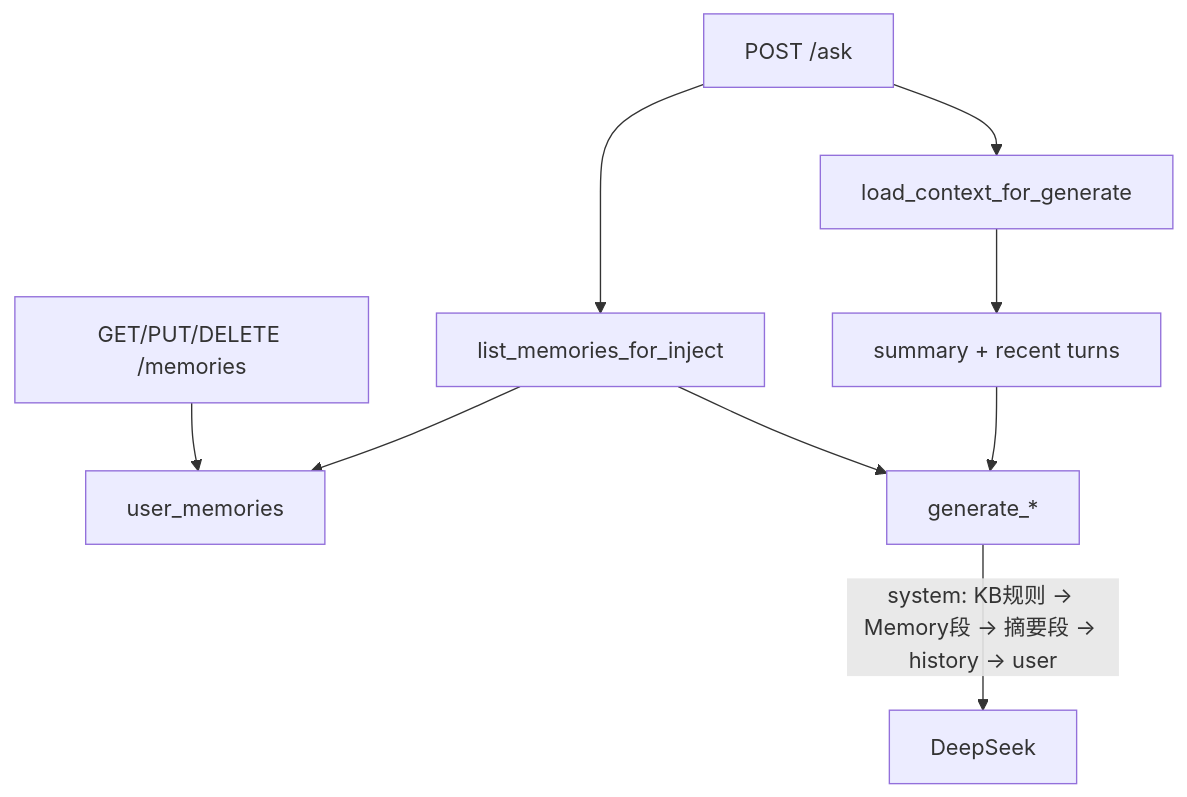
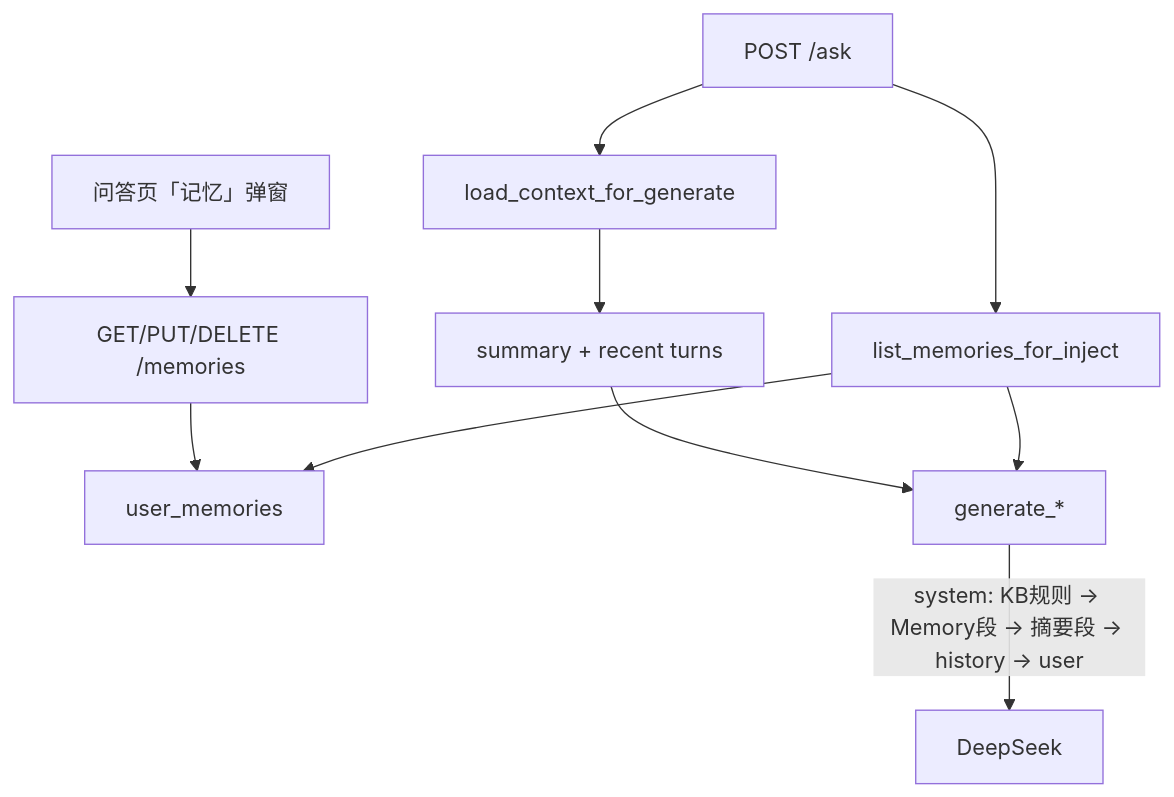
The diagram in docs/14-跨会话Memory.md (kk-carp/AskArbor), drawn with Mermaid before and after one commit. The commit also changed other lines of this file and 14 other files, not shown here.

````diff
--- a/docs/14-跨会话Memory.md
+++ b/docs/14-跨会话Memory.md
@@ -28,11 +28,12 @@
 ```mermaid
 flowchart TD
+  ui["问答页「记忆」弹窗"] --> crud["GET/PUT/DELETE /memories"]
+  crud --> table["user_memories"]
   ask["POST /ask"] --> loadCtx["load_context_for_generate"]
   loadCtx --> hist["summary + recent turns"]
   ask --> loadMem["list_memories_for_inject"]
-  loadMem --> table["user_memories"]
+  loadMem --> table
   hist --> gen["generate_*"]
   loadMem --> gen
   gen -->|"system: KB规则 → Memory段 → 摘要段 → history → user"| llm[DeepSeek]
-  crud["GET/PUT/DELETE /memories"] --> table
 ```
````
